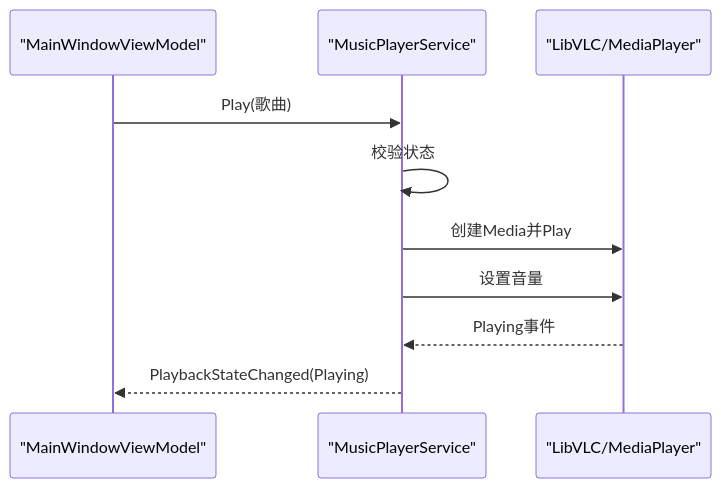
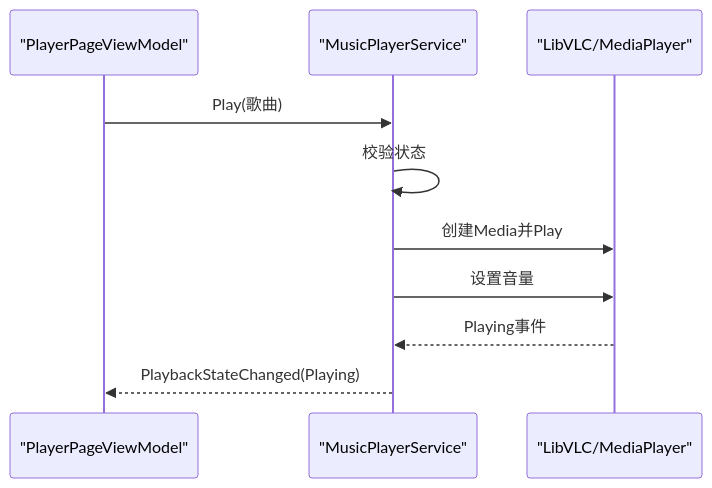
The fourth of 12 diagrams in .qoder/repowiki/zh/content/核心服务层/音频播放服务.md (mariamjensen42-glitch/LocalMusicPlayer), drawn with Mermaid before and after one commit. The commit also changed other lines of this file and 23 other files, not shown here.

````diff
--- a/.qoder/repowiki/zh/content/核心服务层/音频播放服务.md
+++ b/.qoder/repowiki/zh/content/核心服务层/音频播放服务.md
@@ -212,12 +244,12 @@
 ```mermaid
 sequenceDiagram
-participant VM as "MainWindowViewModel"
+participant PPVM as "PlayerPageViewModel"
 participant MPS as "MusicPlayerService"
 participant VLC as "LibVLC/MediaPlayer"
-VM->>MPS : Play(歌曲)
+PPVM->>MPS : Play(歌曲)
 MPS->>MPS : 校验状态
 MPS->>VLC : 创建Media并Play
 MPS->>VLC : 设置音量
 VLC-->>MPS : Playing事件
-MPS-->>VM : PlaybackStateChanged(Playing)
+MPS-->>PPVM : PlaybackStateChanged(Playing)
 ```
````
